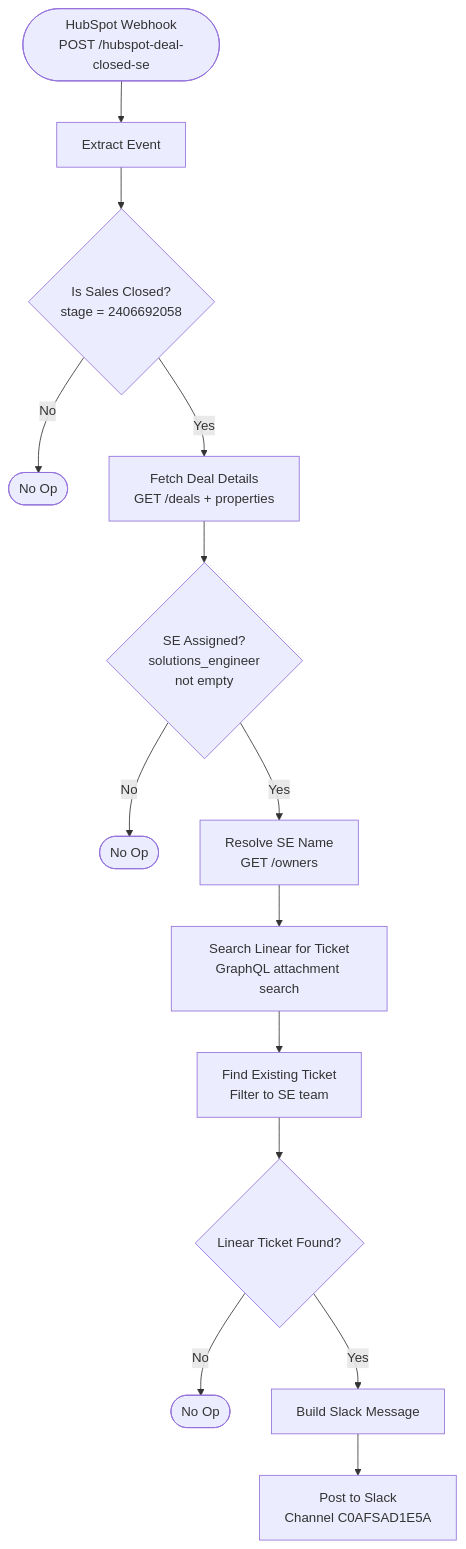
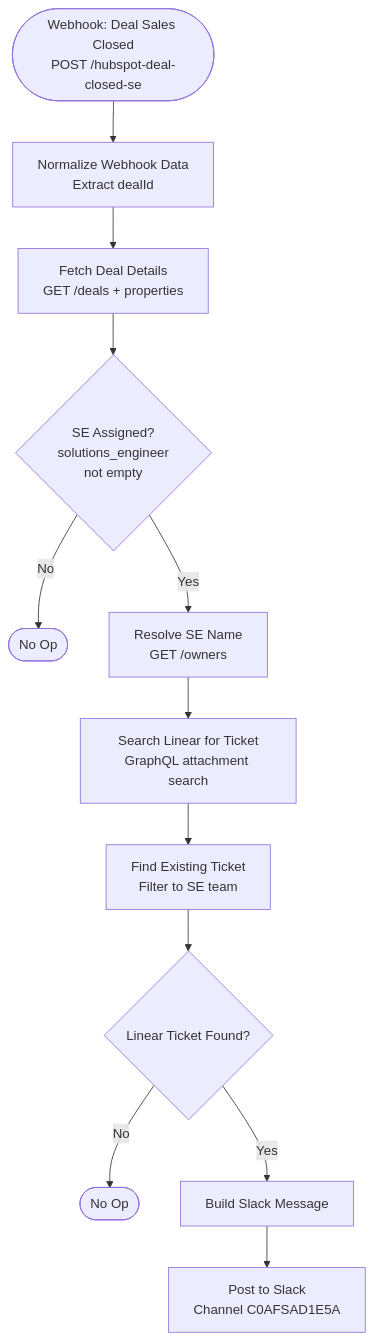
Before and after one commit to isaachasbani-legalfly/workflow-automations: the diagram in workflows/hubspot-deal-closed-se-notification/architecture.mmd, drawn with Mermaid. The commit also changed 4 other files, not shown here.

First line of the commit message:
fix: switch to HubSpot workflow trigger instead of Private App webhook

```diff
--- a/workflows/hubspot-deal-closed-se-notification/architecture.mmd
+++ b/workflows/hubspot-deal-closed-se-notification/architecture.mmd
@@ -1,14 +1,12 @@
 flowchart TD
-    Webhook([HubSpot Webhook<br/>POST /hubspot-deal-closed-se]) --> Extract[Extract Event]
-    Extract --> FilterStage{Is Sales Closed?<br/>stage = 2406692058}
-    FilterStage -->|No| Stop1([No Op])
-    FilterStage -->|Yes| FetchDeal[Fetch Deal Details<br/>GET /deals + properties]
+    Webhook([Webhook: Deal Sales Closed<br/>POST /hubspot-deal-closed-se]) --> Normalize[Normalize Webhook Data<br/>Extract dealId]
+    Normalize --> FetchDeal[Fetch Deal Details<br/>GET /deals + properties]
     FetchDeal --> CheckSE{SE Assigned?<br/>solutions_engineer<br/>not empty}
-    CheckSE -->|No| Stop2([No Op])
+    CheckSE -->|No| Stop1([No Op])
     CheckSE -->|Yes| ResolveSE[Resolve SE Name<br/>GET /owners]
     ResolveSE --> SearchLinear[Search Linear for Ticket<br/>GraphQL attachment search]
     SearchLinear --> FindTicket[Find Existing Ticket<br/>Filter to SE team]
     FindTicket --> HasTicket{Linear Ticket Found?}
-    HasTicket -->|No| Stop3([No Op])
+    HasTicket -->|No| Stop2([No Op])
     HasTicket -->|Yes| BuildMsg[Build Slack Message]
     BuildMsg --> PostSlack[Post to Slack<br/>Channel C0AFSAD1E5A]
```
